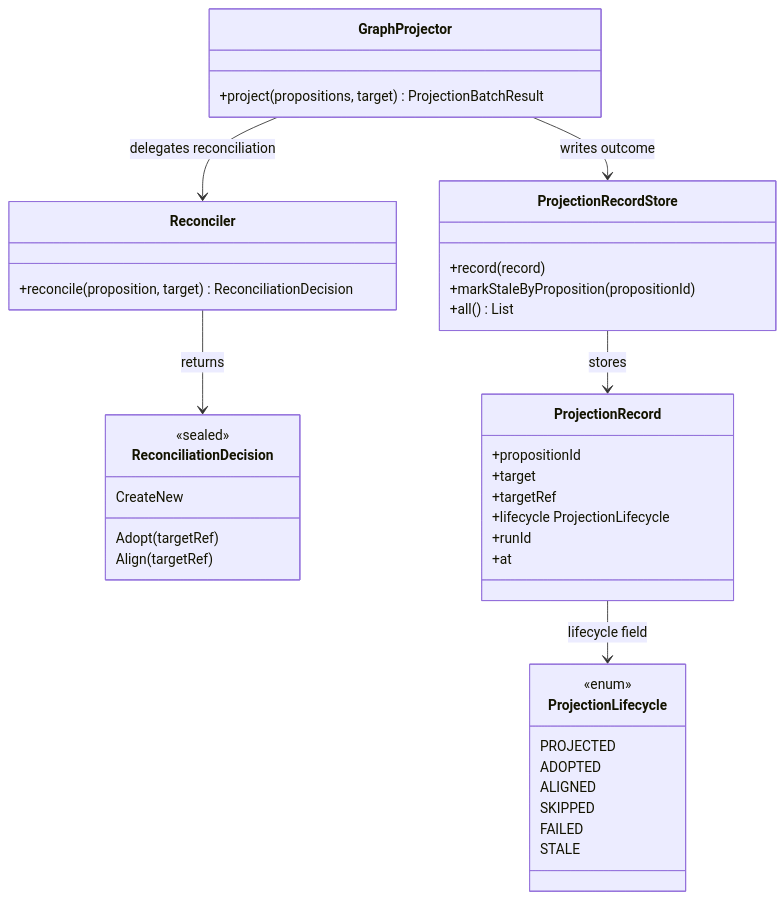
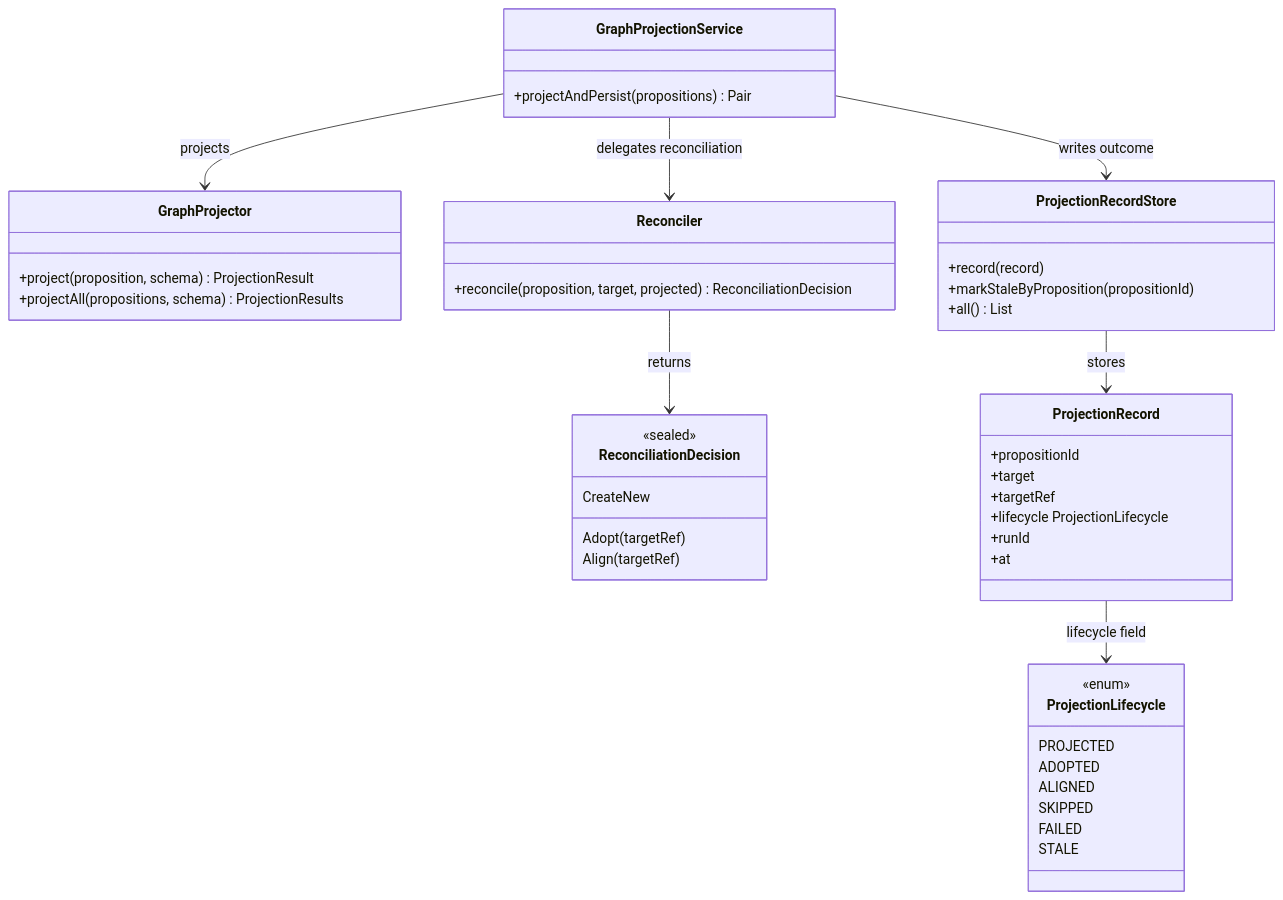
One commit to embabel/dice changed the third of 4 diagrams in docs/design/graph-projection.md. Above: the diagram before and after it, drawn with Mermaid. The commit also changed other lines of this file and 19 other files, not shown here.

````diff
--- a/docs/design/graph-projection.md
+++ b/docs/design/graph-projection.md
@@ -98,42 +119,47 @@
 ```mermaid
 classDiagram
+    class GraphProjectionService {
+        +projectAndPersist(propositions) Pair
+    }
     class GraphProjector {
-        +project(propositions, target) ProjectionBatchResult
+        +project(proposition, schema) ProjectionResult
+        +projectAll(propositions, schema) ProjectionResults
     }
     class Reconciler {
-        +reconcile(proposition, target) ReconciliationDecision
+        +reconcile(proposition, target, projected) ReconciliationDecision
     }
     class ReconciliationDecision {
         <<sealed>>
         CreateNew
         Adopt(targetRef)
         Align(targetRef)
     }
     class ProjectionRecordStore {
         +record(record)
         +markStaleByProposition(propositionId)
         +all() List
     }
     class ProjectionRecord {
         +propositionId
         +target
         +targetRef
         +lifecycle ProjectionLifecycle
         +runId
         +at
     }
     class ProjectionLifecycle {
         <<enum>>
         PROJECTED
         ADOPTED
         ALIGNED
         SKIPPED
         FAILED
         STALE
     }
-    GraphProjector --> Reconciler : delegates reconciliation
-    GraphProjector --> ProjectionRecordStore : writes outcome
+    GraphProjectionService --> GraphProjector : projects
+    GraphProjectionService --> Reconciler : delegates reconciliation
+    GraphProjectionService --> ProjectionRecordStore : writes outcome
     ProjectionRecordStore --> ProjectionRecord : stores
     ProjectionRecord --> ProjectionLifecycle : lifecycle field
     Reconciler --> ReconciliationDecision : returns
 ```
````
